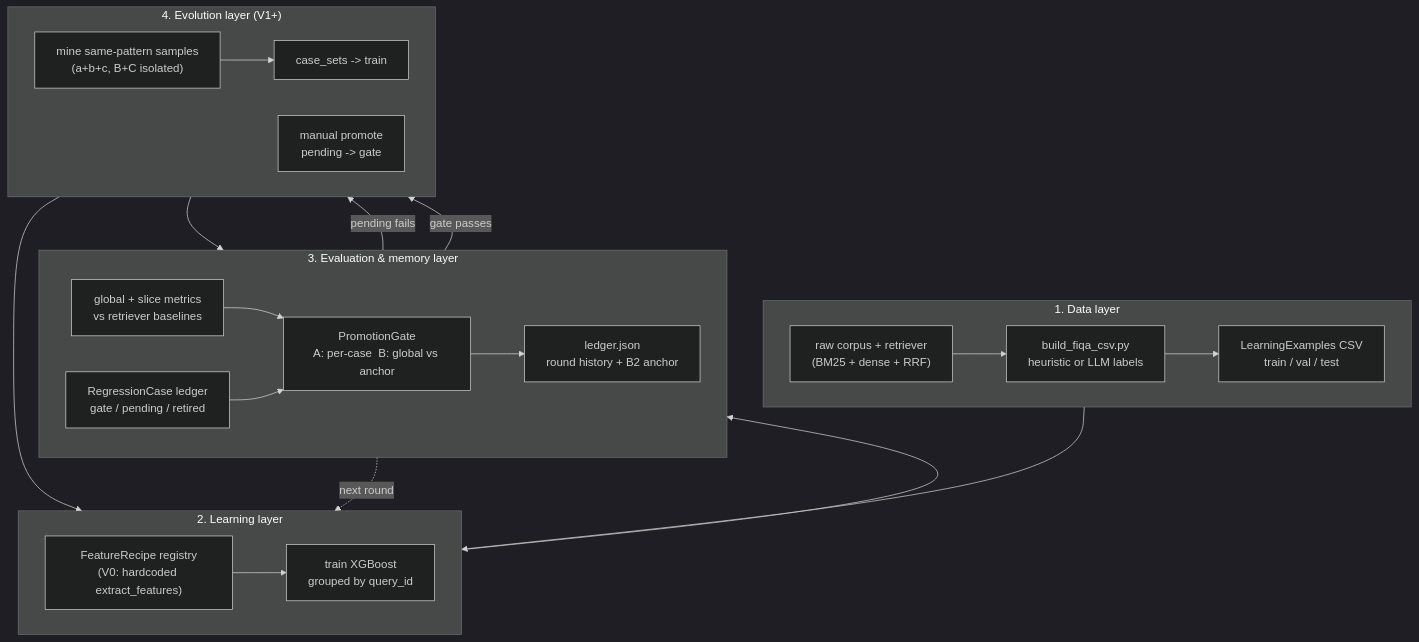
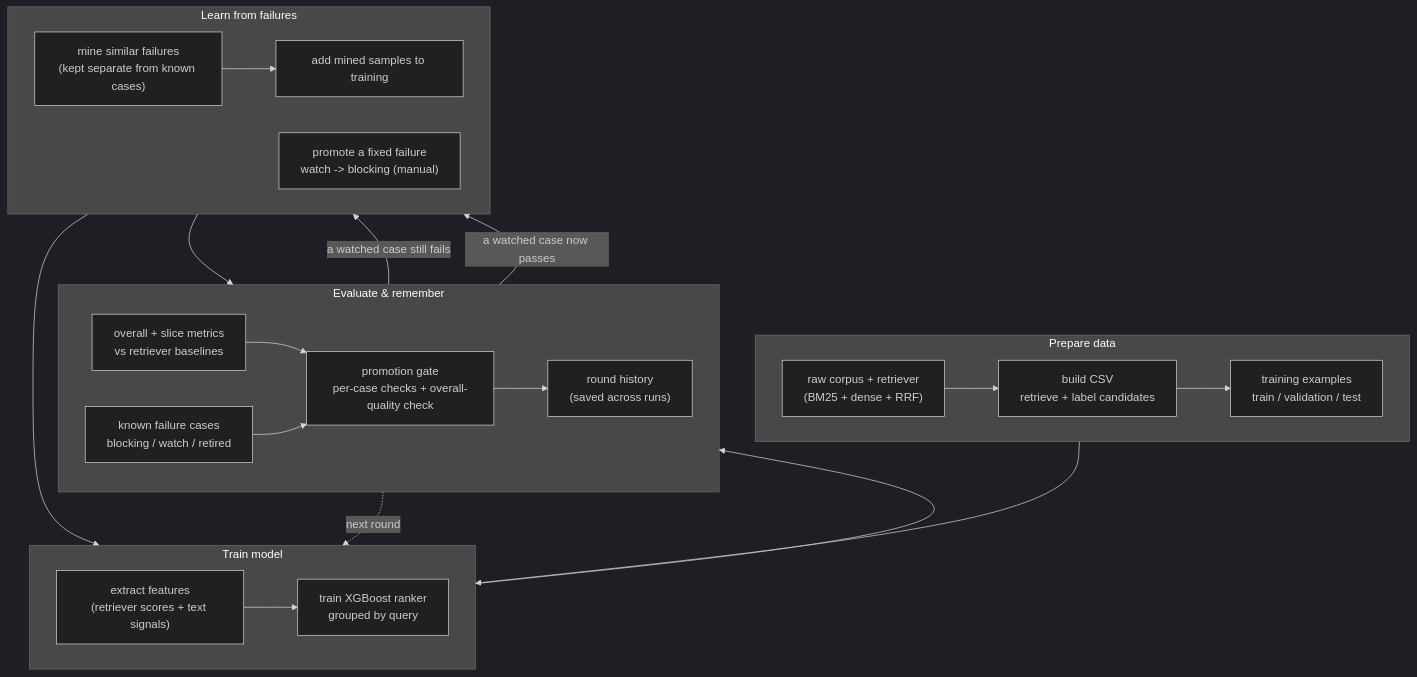
Before and after one commit to ansvver/heuriboost: the diagram in README.md, drawn with Mermaid (dark theme). The commit also changed other lines of this file and 2 other files, not shown here.

````diff
--- a/README.md
+++ b/README.md
@@ -84,40 +84,40 @@
 ```mermaid
 flowchart TD
-  subgraph DATA["1. Data layer"]
+  subgraph DATA["Prepare data"]
     direction LR
     SRC["raw corpus + retriever<br/>(BM25 + dense + RRF)"]
-    BUILD["build_fiqa_csv.py<br/>heuristic or LLM labels"]
-    CSV["LearningExamples CSV<br/>train / val / test"]
+    BUILD["build CSV<br/>retrieve + label candidates"]
+    CSV["training examples<br/>train / validation / test"]
     SRC --> BUILD --> CSV
   end
 
-  subgraph LEARN["2. Learning layer"]
+  subgraph LEARN["Train model"]
     direction LR
-    FEATS["FeatureRecipe registry<br/>(V0: hardcoded extract_features)"]
-    TRAIN["train XGBoost<br/>grouped by query_id"]
+    FEATS["extract features<br/>(retriever scores + text signals)"]
+    TRAIN["train XGBoost ranker<br/>grouped by query"]
     CSV --> FEATS --> TRAIN
   end
 
-  subgraph EVAL["3. Evaluation & memory layer"]
+  subgraph EVAL["Evaluate & remember"]
     direction LR
-    METRICS["global + slice metrics<br/>vs retriever baselines"]
-    CASES["RegressionCase ledger<br/>gate / pending / retired"]
-    GATE["PromotionGate<br/>A: per-case  B: global vs anchor"]
-    LEDGER["ledger.json<br/>round history + B2 anchor"]
+    METRICS["overall + slice metrics<br/>vs retriever baselines"]
+    CASES["known failure cases<br/>blocking / watch / retired"]
+    GATE["promotion gate<br/>per-case checks + overall-quality check"]
+    LEDGER["round history<br/>(saved across runs)"]
     TRAIN --> METRICS
     METRICS --> GATE
     CASES --> GATE
     GATE --> LEDGER
   end
 
-  subgraph EVOLVE["4. Evolution layer (V1+)"]
+  subgraph EVOLVE["Learn from failures"]
     direction LR
-    MINE["mine same-pattern samples<br/>(a+b+c, B+C isolated)"]
-    SETS["case_sets -> train"]
-    PROMOTE["manual promote<br/>pending -> gate"]
-    LEDGER -->|pending fails| MINE --> SETS --> FEATS
-    LEDGER -->|gate passes| PROMOTE --> CASES
+    MINE["mine similar failures<br/>(kept separate from known cases)"]
+    SETS["add mined samples to training"]
+    PROMOTE["promote a fixed failure<br/>watch -> blocking (manual)"]
+    LEDGER -->|a watched case still fails| MINE --> SETS --> FEATS
+    LEDGER -->|a watched case now passes| PROMOTE --> CASES
   end
 
   LEDGER -.next round.-> LEARN
 ```
````
